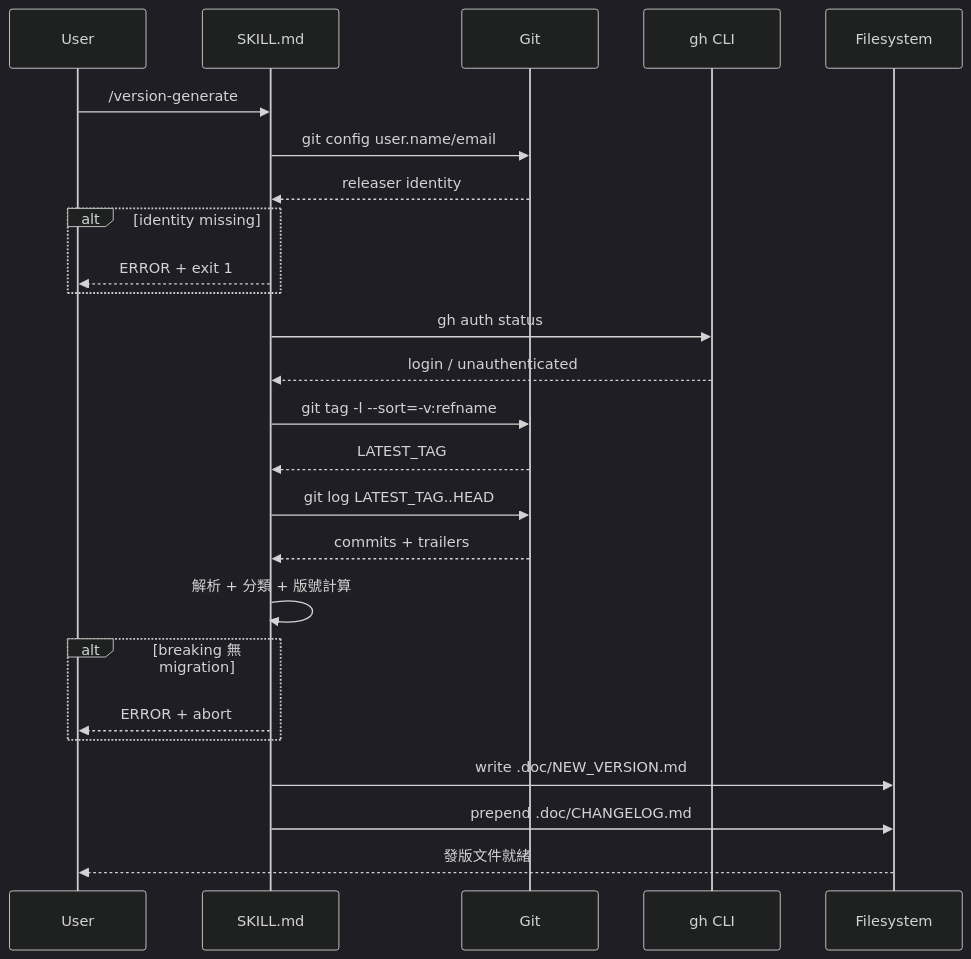
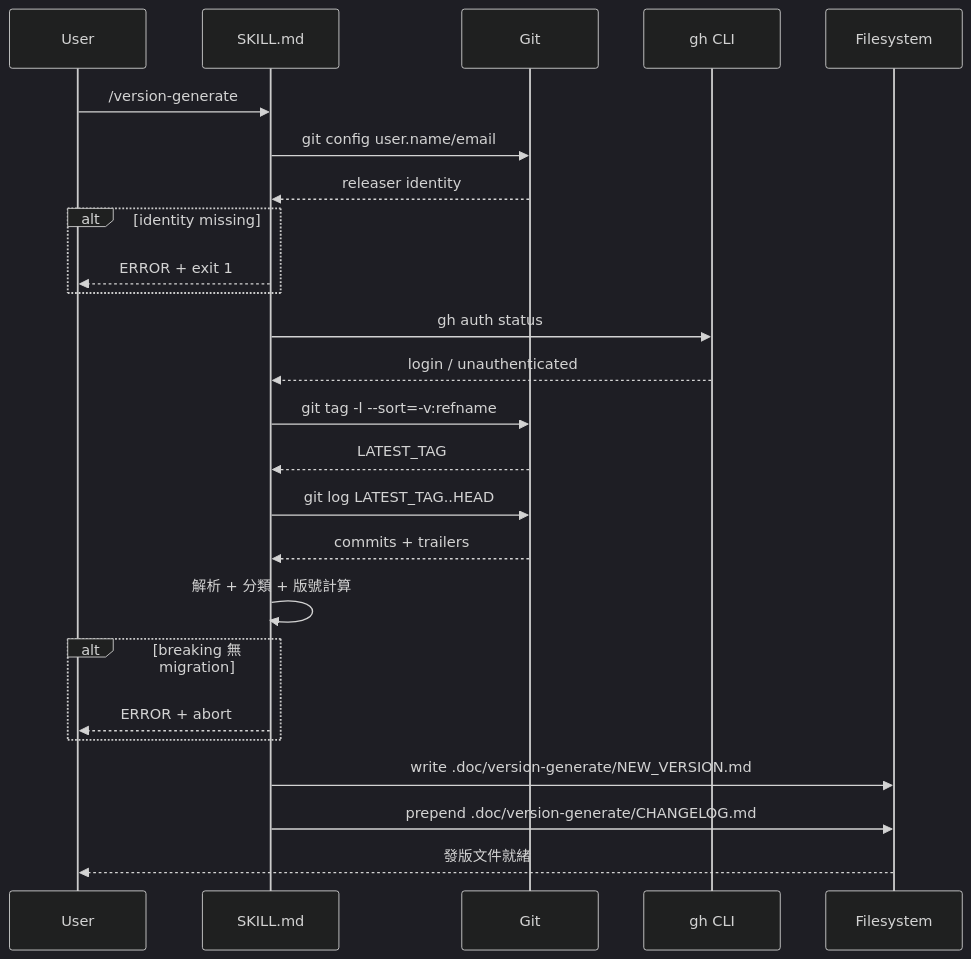
One commit to pardnio/skill-version-generate changed the eighth of 9 diagrams in doc/architecture.zh.md. Above: the diagram before and after it, drawn with Mermaid (dark theme). The commit also changed other lines of this file and 9 other files, not shown here.

````diff
--- a/doc/architecture.zh.md
+++ b/doc/architecture.zh.md
@@ -120,28 +120,28 @@
 ```mermaid
 sequenceDiagram
     participant User
     participant Skill as SKILL.md
     participant Git
     participant GH as gh CLI
     participant FS as Filesystem
 
     User->>Skill: /version-generate
     Skill->>Git: git config user.name/email
     Git-->>Skill: releaser identity
     alt identity missing
         Skill-->>User: ERROR + exit 1
     end
     Skill->>GH: gh auth status
     GH-->>Skill: login / unauthenticated
     Skill->>Git: git tag -l --sort=-v:refname
     Git-->>Skill: LATEST_TAG
     Skill->>Git: git log LATEST_TAG..HEAD
     Git-->>Skill: commits + trailers
     Skill->>Skill: 解析 + 分類 + 版號計算
     alt breaking 無 migration
         Skill-->>User: ERROR + abort
     end
-    Skill->>FS: write .doc/NEW_VERSION.md
-    Skill->>FS: prepend .doc/CHANGELOG.md
+    Skill->>FS: write .doc/version-generate/NEW_VERSION.md
+    Skill->>FS: prepend .doc/version-generate/CHANGELOG.md
     FS-->>User: 發版文件就緒
 ```
````
